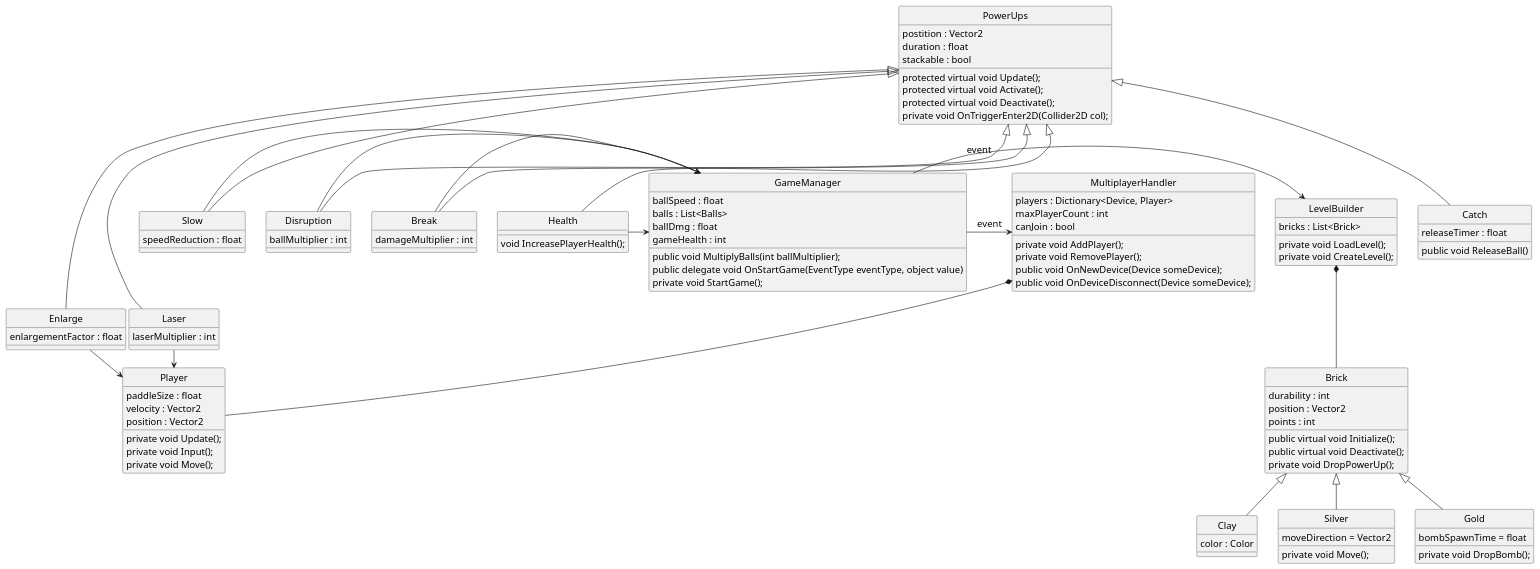
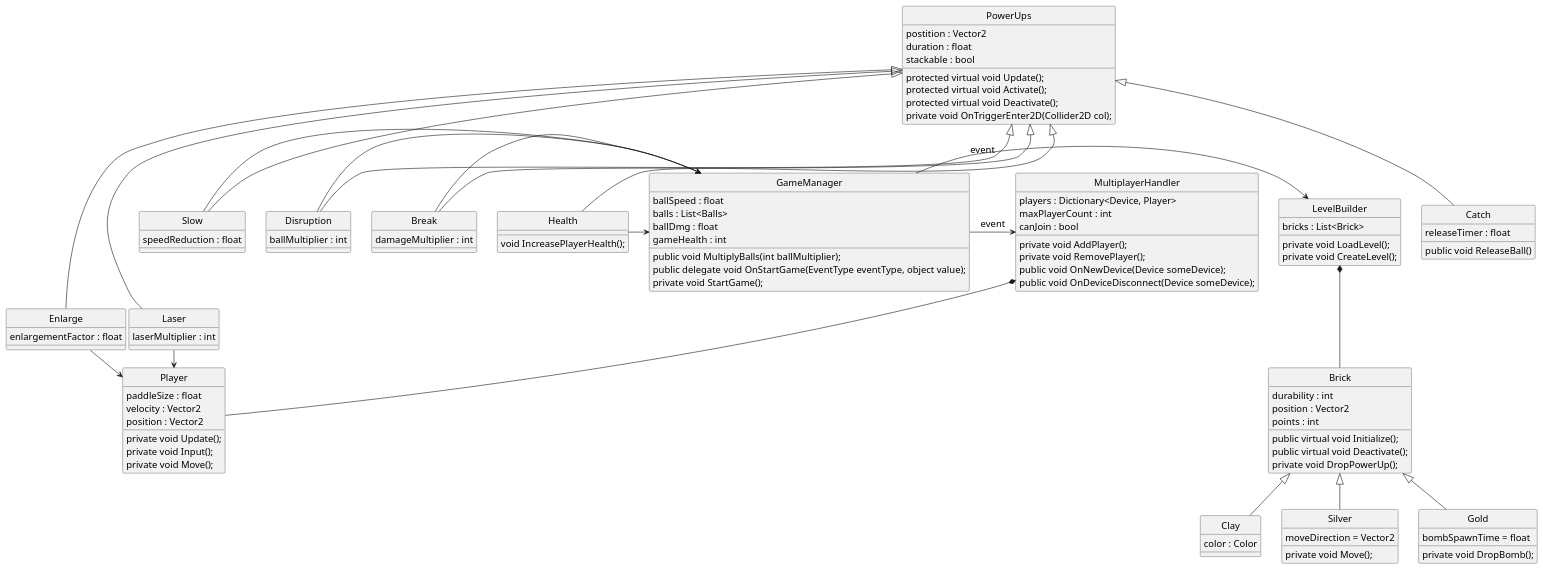
One commit to RitchiDev/GROUP-Domain-Decomposition-Git changed the diagram in Breakout.plantuml. Above: the diagram before and after it, drawn with PlantUML.

Commit message:
Typo fix

```diff
--- a/Breakout.plantuml
+++ b/Breakout.plantuml
@@ -1,148 +1,148 @@
 @startuml Breakout
 skinparam style strictuml
 skinparam SequenceMessageAlignment center
 skinparam DefaultFontName Arial
 skinparam DefaultFontSize 16
 skinparam DefaultFontStyle bold
 
 Enlarge -> Player
 Laser -> Player
 class "Player" as Player
 {
     paddleSize : float
     velocity : Vector2
     position : Vector2
 
     private void Update();
     private void Input();
     private void Move();
 }
 
 Slow -> GameManager
 Disruption -> GameManager
 Break -> GameManager
 Health -> GameManager
 class "GameManager" as GameManager
 {
     ballSpeed : float
     balls : List<Balls>
     ballDmg : float
     gameHealth : int
 
     public void MultiplyBalls(int ballMultiplier);
-    public delegate void OnStartGame(EventType eventType, object value)
+    public delegate void OnStartGame(EventType eventType, object value);
     private void StartGame();
 }
 
 GameManager -> LevelBuilder : "event"
 LevelBuilder *-- Brick
 class "LevelBuilder" as LevelBuilder
 {
     bricks : List<Brick>
 
     private void LoadLevel();
     private void CreateLevel();
 } 
 
 Powerups <|-- Enlarge
 Powerups <|-- Slow
 Powerups <|-- Disruption
 Powerups <|-- Laser
 Powerups <|-- Catch
 Powerups <|-- Break
 Powerups <|-- Health
 class "PowerUps" as Powerups
 {
     postition : Vector2
     duration : float
     stackable : bool
     
     protected virtual void Update();
     protected virtual void Activate();
     protected virtual void Deactivate();
     private void OnTriggerEnter2D(Collider2D col);
 }
 
 class "Enlarge" as Enlarge
 {
     enlargementFactor : float
 }
 
 class "Slow" as Slow
 {
     speedReduction : float
 }
 
 class "Disruption" as Disruption
 {
     ballMultiplier : int
 }
 
 class "Laser" as Laser
 {
     laserMultiplier : int
 }
 
 class "Catch" as Catch
 {
     releaseTimer : float
     public void ReleaseBall()
 }
 
 class "Break" as Break
 {
     damageMultiplier : int
 }
 
 class "Health" as Health
 {
     void IncreasePlayerHealth();
 }
 
 class "Brick" as Brick
 {
     durability : int
     position : Vector2
     points : int
 
     public virtual void Initialize();
     public virtual void Deactivate();
     private void DropPowerUp();
 }
 
 Brick <|-- Clay
 class "Clay" as Clay
 {
     color : Color
 }
 
 Brick <|-- Silver
 class "Silver" as Silver
 {
     moveDirection = Vector2
     private void Move();
 }
 
 Brick <|-- Gold
 class "Gold" as Gold
 {
     bombSpawnTime = float
     private void DropBomb();
 }
 
 GameManager -> MultiplayerHandler : "event"
 MultiplayerHandler *-- Player
 class MultiplayerHandler
 {
     players : Dictionary<Device, Player> 
     maxPlayerCount : int
     canJoin : bool
 
     private void AddPlayer();
     private void RemovePlayer();
     public void OnNewDevice(Device someDevice);
     public void OnDeviceDisconnect(Device someDevice);
 }
 
 
 @enduml
```
